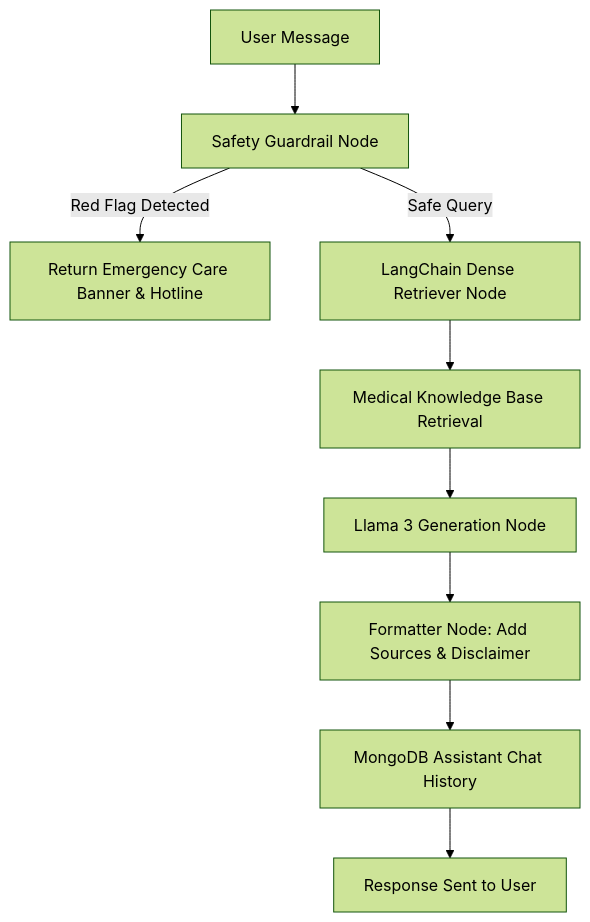
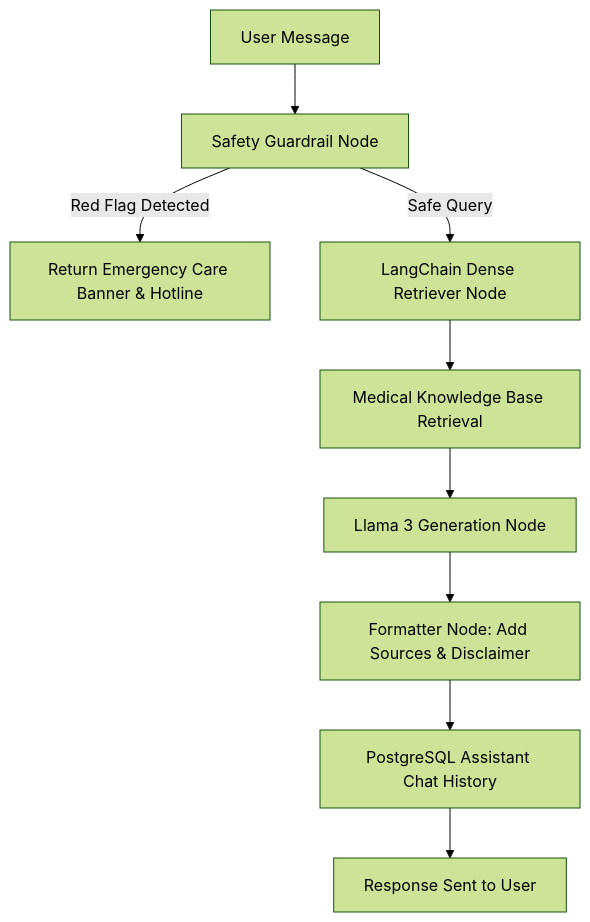
Before and after one commit to Anshhhitaaaa/saheli: the diagram in README.md, drawn with Mermaid (forest theme). The commit also changed other lines of this file and 7 other files, not shown here.

Commit message:
Migrate database from MongoDB to PostgreSQL and add medication calendar

````diff
--- a/README.md
+++ b/README.md
@@ -66,11 +66,11 @@
 ```mermaid
 graph TD
     A[User Message] --> B[Safety Guardrail Node]
     B -->|Red Flag Detected| C[Return Emergency Care Banner & Hotline]
     B -->|Safe Query| D[LangChain Dense Retriever Node]
     D --> E[Medical Knowledge Base Retrieval]
     E --> F[Llama 3 Generation Node]
     F --> G[Formatter Node: Add Sources & Disclaimer]
-    G --> H[MongoDB Assistant Chat History]
+    G --> H[PostgreSQL Assistant Chat History]
     H --> I[Response Sent to User]
 ```
````
